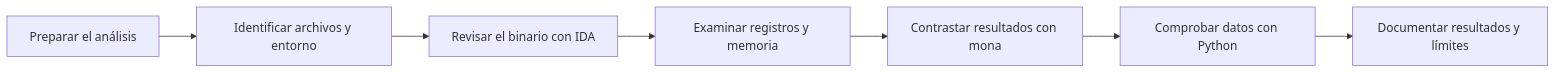
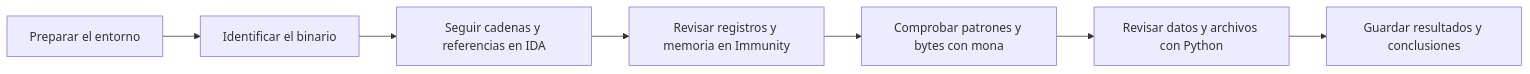
The diagram in README.md (jonbondani/arsenal-analista), drawn with Mermaid before and after one commit. The commit also changed other lines of this file and 25 other files, not shown here.

````diff
--- a/README.md
+++ b/README.md
@@ -35,9 +31,9 @@
 ```mermaid
 flowchart LR
-    A[Preparar el análisis] --> B[Identificar archivos y entorno]
-    B --> C[Revisar el binario con IDA]
-    C --> D[Examinar registros y memoria]
-    D --> E[Contrastar resultados con mona]
-    E --> F[Comprobar datos con Python]
-    F --> G[Documentar resultados y límites]
+    A[Preparar el entorno] --> B[Identificar el binario]
+    B --> C[Seguir cadenas y referencias en IDA]
+    C --> D[Revisar registros y memoria en Immunity]
+    D --> E[Comprobar patrones y bytes con mona]
+    E --> F[Revisar datos y archivos con Python]
+    F --> G[Guardar resultados y conclusiones]
 ```
````
